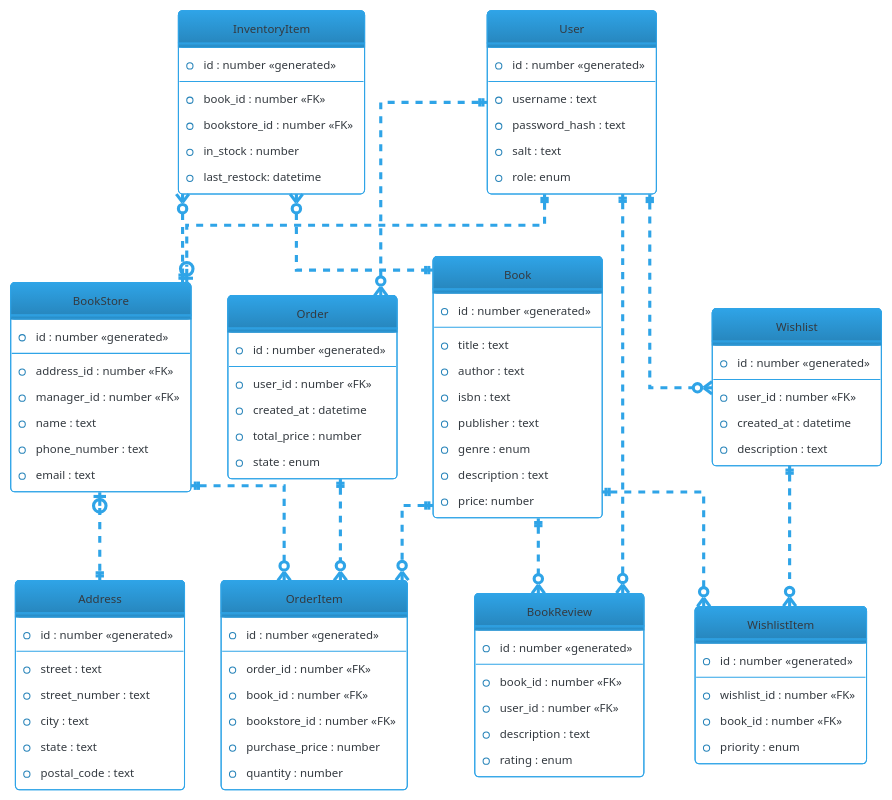
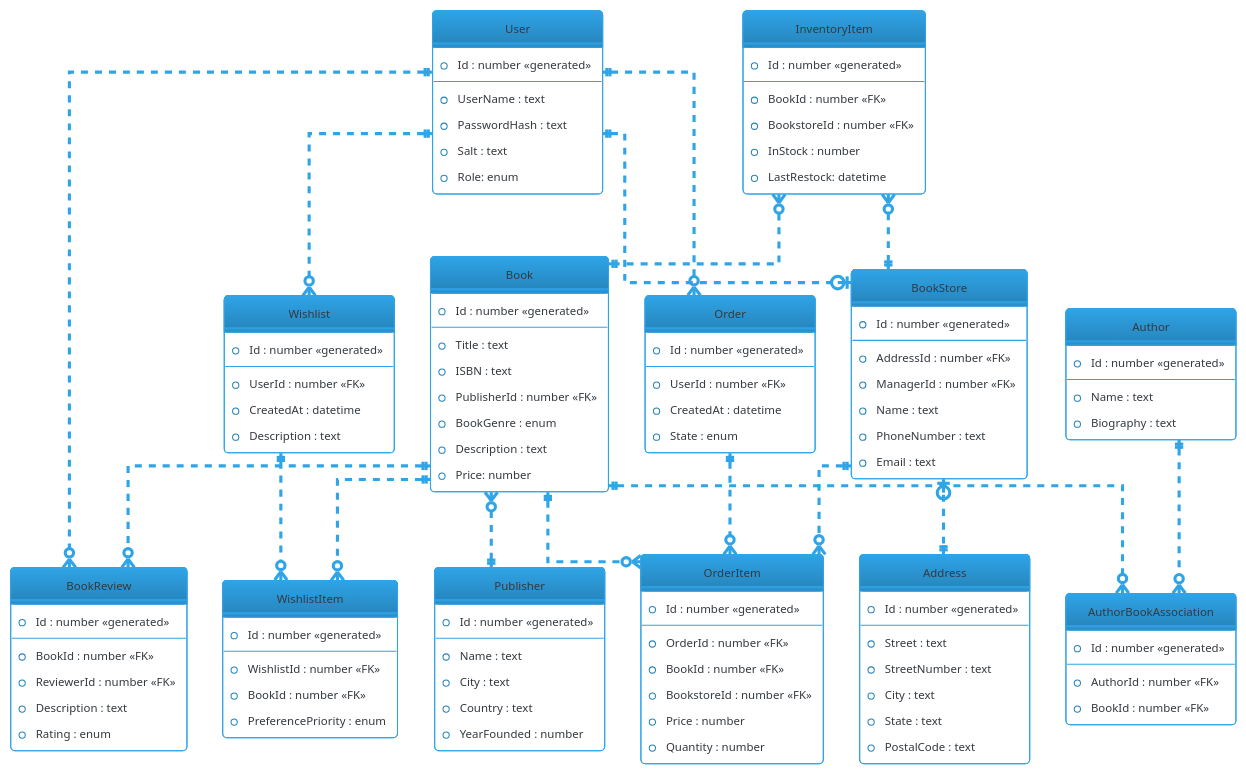
Before and after one commit to Makaveli1O/C-_bookhub: the diagram in diagrams/ERD/erd.puml, drawn with PlantUML. The commit also changed 2 other files, not shown here.

Commit message:
fix diagram names and add new entities

```diff
--- a/diagrams/ERD/erd.puml
+++ b/diagrams/ERD/erd.puml
@@ -1,122 +1,146 @@
 @startuml
 ' visual settings
 !theme cerulean-outline
 hide circle
 skinparam linetype ortho
 skinparam backgroundColor white
 
 
-
 entity "User" {
-  *id : number <<generated>>
+  *Id : number <<generated>>
   --
-  *username : text
-  *password_hash : text
-  *salt : text
-  *role: enum
+  *UserName : text
+  *PasswordHash : text
+  *Salt : text
+  *Role: enum
 }
 
 entity "Wishlist" {
-  *id : number <<generated>>
+  *Id : number <<generated>>
   --
-  *user_id : number <<FK>>
-  *created_at : datetime
-  *description : text
+  *UserId : number <<FK>>
+  *CreatedAt : datetime
+  *Description : text
 }
 
 entity "WishlistItem" {
-  *id : number <<generated>>
+  *Id : number <<generated>>
   --
-  *wishlist_id : number <<FK>>
-  *book_id : number <<FK>>
-  *priority : enum
+  *WishlistId : number <<FK>>
+  *BookId : number <<FK>>
+  *PreferencePriority : enum
 }
 
 entity "Order" {
-  *id : number <<generated>>
+  *Id : number <<generated>>
   --
-  *user_id : number <<FK>>
-  *created_at : datetime
-  *total_price : number
-  *state : enum
+  *UserId : number <<FK>>
+  *CreatedAt : datetime
+  *State : enum
 }
 
 entity "OrderItem" {
-  *id : number <<generated>>
+  *Id : number <<generated>>
   --
-  *order_id : number <<FK>>
-  *book_id : number <<FK>>
-  *bookstore_id : number <<FK>>
-  *purchase_price : number
-  *quantity : number
+  *OrderId : number <<FK>>
+  *BookId : number <<FK>>
+  *BookstoreId : number <<FK>>
+  *Price : number
+  *Quantity : number
 }
 
 entity "Book" {
-  *id : number <<generated>>
+  *Id : number <<generated>>
   --
-  *title : text
-  *author : text
-  *isbn : text
-  *publisher : text
-  *genre : enum
-  *description : text
-  *price: number
+  *Title : text
+  *ISBN : text
+  *PublisherId : number <<FK>>
+  *BookGenre : enum
+  *Description : text
+  *Price: number
+}
+
+entity "Author" {
+  *Id : number <<generated>>
+  --
+  *Name : text
+  *Biography : text
+}
+
+entity "Publisher" {
+  *Id : number <<generated>>
+  --
+  *Name : text
+  *City : text
+  *Country : text
+  *YearFounded : number
+}
+
+entity "AuthorBookAssociation" {
+  *Id : number <<generated>>
+  --
+  *AuthorId : number <<FK>>
+  *BookId : number <<FK>>
 }
 
 entity "BookReview" {
-  *id : number <<generated>>
+  *Id : number <<generated>>
   --
-  *book_id : number <<FK>>
-  *user_id : number <<FK>>
-  *description : text
-  *rating : enum
+  *BookId : number <<FK>>
+  *ReviewerId : number <<FK>>
+  *Description : text
+  *Rating : enum
 }
 
 entity "BookStore" {
-  *id : number <<generated>>
+  *Id : number <<generated>>
   --
-  *address_id : number <<FK>>
-  *manager_id : number <<FK>>
-  *name : text
-  *phone_number : text
-  *email : text
+  *AddressId : number <<FK>>
+  *ManagerId : number <<FK>>
+  *Name : text
+  *PhoneNumber : text
+  *Email : text
 }
 
 entity "Address" {
-  *id : number <<generated>>
+  *Id : number <<generated>>
   --
-  *street : text
-  *street_number : text
-  *city : text
-  *state : text
-  *postal_code : text
+  *Street : text
+  *StreetNumber : text
+  *City : text
+  *State : text
+  *PostalCode : text
 }
 
 entity "InventoryItem" {
-  *id : number <<generated>>
+  *Id : number <<generated>>
   --
-  *book_id : number <<FK>>
-  *bookstore_id : number <<FK>>
-  *in_stock : number
-  *last_restock: datetime
+  *BookId : number <<FK>>
+  *BookstoreId : number <<FK>>
+  *InStock : number
+  *LastRestock: datetime
 }
 
 User ||..o{ Wishlist
 User ||..o{ Order
 User ||..o{ BookReview
 User ||..o| BookStore
 
 Wishlist ||..o{ WishlistItem
 Order ||..o{ OrderItem
 
 Book ||..o{ BookReview
 Book ||..o{ WishlistItem
 Book ||..o{ OrderItem
+Book ||..o{ AuthorBookAssociation
+Book }o..|| Publisher
 
 BookStore |o..|| Address
 BookStore ||..o{ OrderItem
 
 InventoryItem }o..|| BookStore
 InventoryItem }o..|| Book
 
+Author ||..o{ AuthorBookAssociation
+
 @enduml
```
